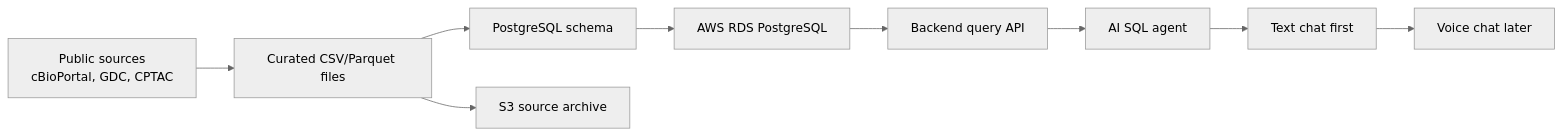
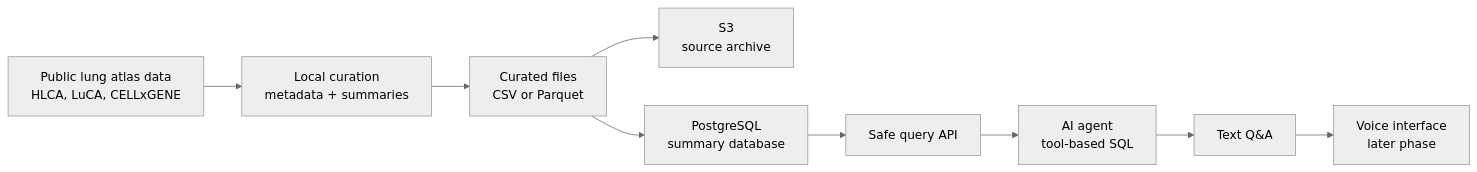
One commit to Caffeinated-Code/oncoomics-agent changed the first of 2 diagrams in README.md. Above: the diagram before and after it, drawn with Mermaid (neutral theme). The commit also changed other lines of this file and 7 other files, not shown here.

Commit message:
Refocus project on NSCLC atlas agent

````diff
--- a/README.md
+++ b/README.md
@@ -29,11 +64,11 @@
 ```mermaid
 flowchart LR
-    A["Public sources<br/>cBioPortal, GDC, CPTAC"] --> B["Curated CSV/Parquet files"]
-    B --> C["PostgreSQL schema"]
-    C --> D["AWS RDS PostgreSQL"]
-    B --> E["S3 source archive"]
-    D --> F["Backend query API"]
-    F --> G["AI SQL agent"]
-    G --> H["Text chat first"]
-    H --> I["Voice chat later"]
+    A["Public lung atlas data<br/>HLCA, LuCA, CELLxGENE"] --> B["Local curation<br/>metadata + summaries"]
+    B --> C["Curated files<br/>CSV or Parquet"]
+    C --> D["S3<br/>source archive"]
+    C --> E["PostgreSQL<br/>summary database"]
+    E --> F["Safe query API"]
+    F --> G["AI agent<br/>tool-based SQL"]
+    G --> H["Text Q&A"]
+    H --> I["Voice interface<br/>later phase"]
 ```
````
